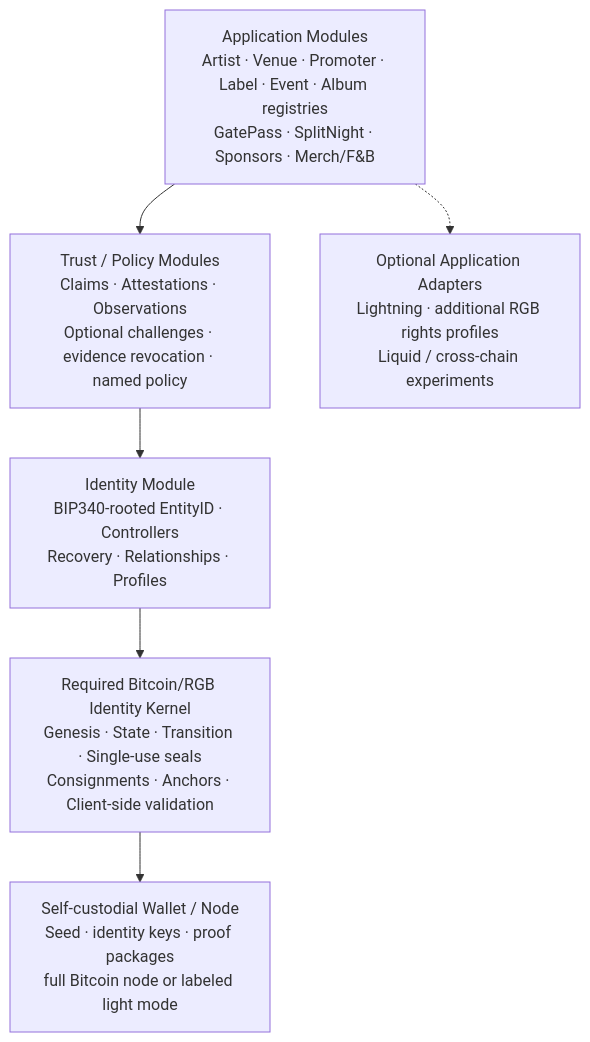
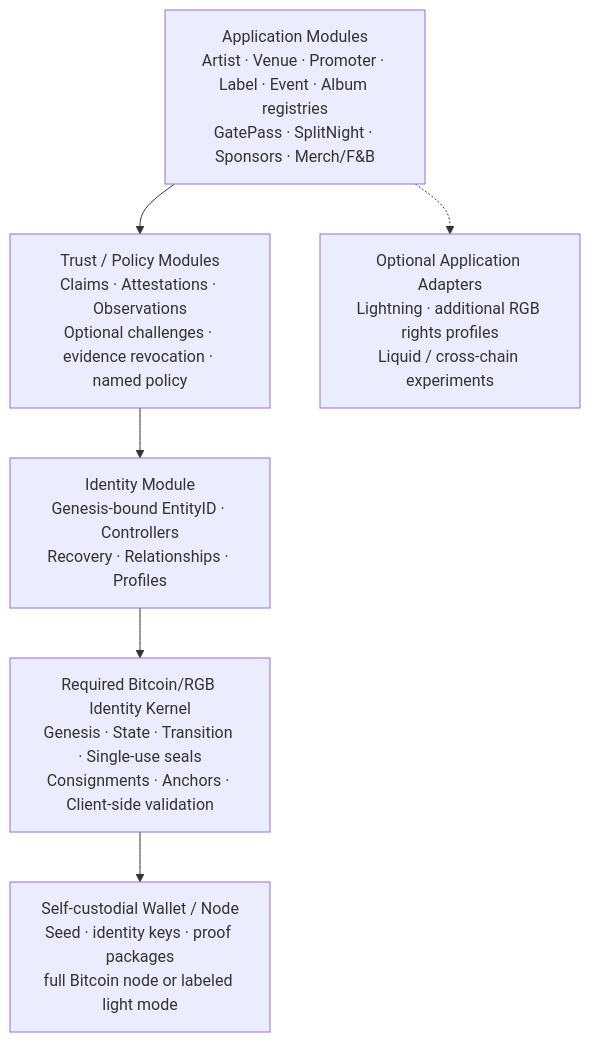
Before and after one commit to EdwinKestler/o2a-protocol: the diagram in docs/diagrams/01-modular-layered-architecture.md, drawn with Mermaid. The commit also changed 33 other files, not shown here.

First line of the commit message:
Adopt ADR-0008 genesis-bound EntityIDs

````diff
--- a/docs/diagrams/01-modular-layered-architecture.md
+++ b/docs/diagrams/01-modular-layered-architecture.md
@@ -5,15 +5,15 @@
 ```mermaid
 flowchart TB
     APP["Application Modules<br/>Artist · Venue · Promoter · Label · Event · Album registries<br/>GatePass · SplitNight · Sponsors · Merch/F&B"]
     TRUST["Trust / Policy Modules<br/>Claims · Attestations · Observations<br/>Optional challenges · evidence revocation · named policy"]
-    ID["Identity Module<br/>BIP340-rooted EntityID · Controllers<br/>Recovery · Relationships · Profiles"]
+    ID["Identity Module<br/>Genesis-bound EntityID · Controllers<br/>Recovery · Relationships · Profiles"]
     KERNEL["Required Bitcoin/RGB Identity Kernel<br/>Genesis · State · Transition · Single-use seals<br/>Consignments · Anchors · Client-side validation"]
     WALLET["Self-custodial Wallet / Node<br/>Seed · identity keys · proof packages<br/>full Bitcoin node or labeled light mode"]
     EXT["Optional Application Adapters<br/>Lightning · additional RGB rights profiles<br/>Liquid / cross-chain experiments"]
 
     APP --> TRUST
     TRUST --> ID
     ID --> KERNEL
     KERNEL --> WALLET
     APP -.-> EXT
 ```
````
